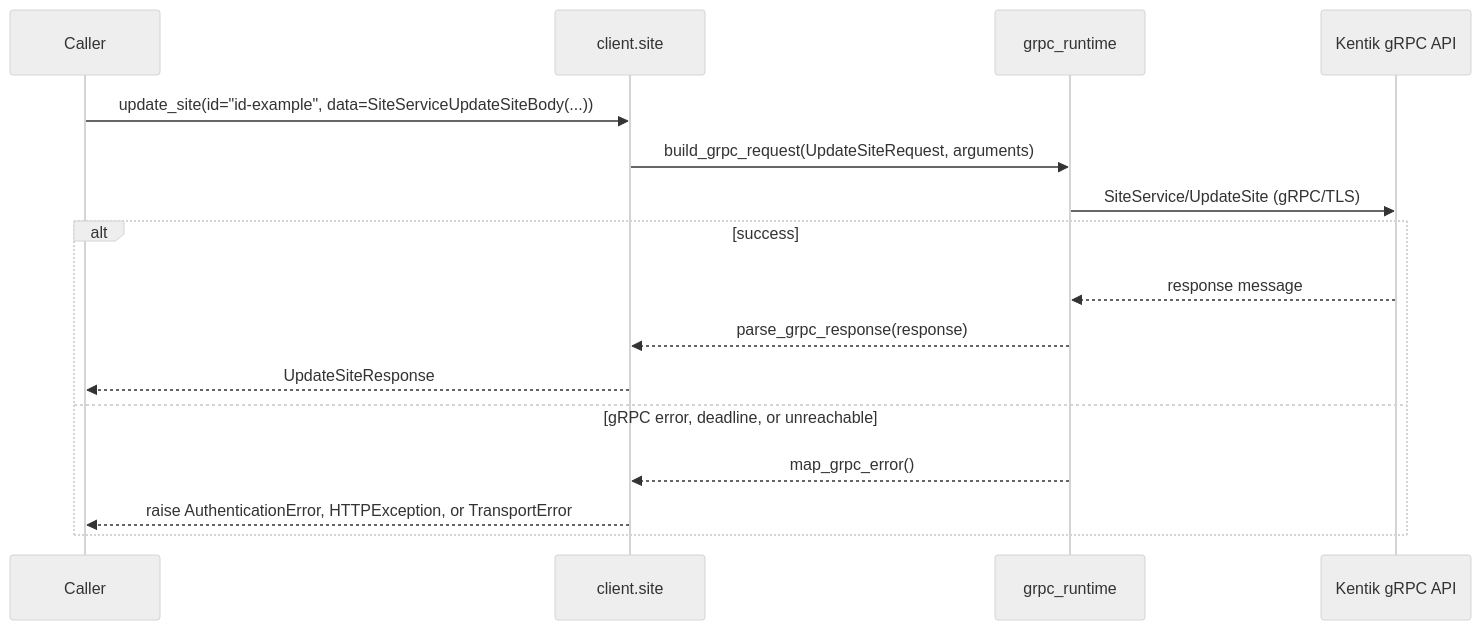
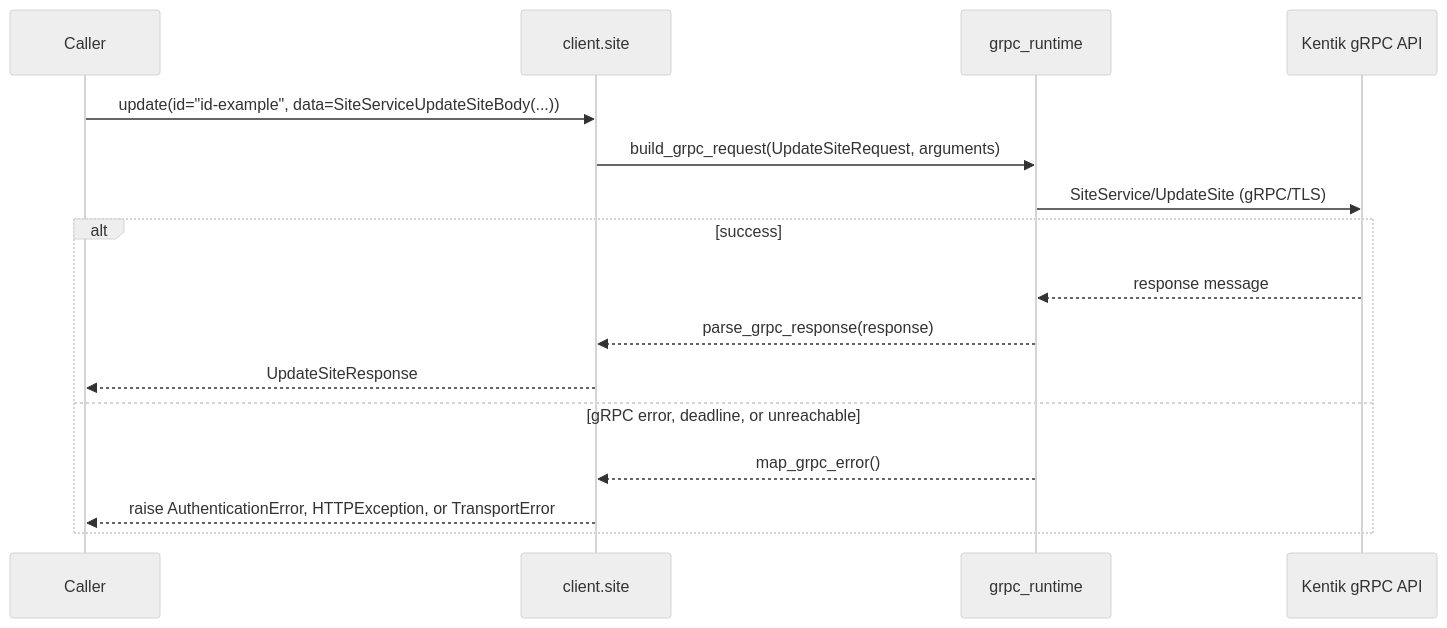
One commit to alexdearaujo/community_sdk_python changed diagram 19 of 22 in docs/sphinx/services/site.md. Above: the diagram before and after it, drawn with Mermaid (neutral theme). The commit also changed other lines of this file and 119 other files, not shown here.

First line of the commit message:
feat!: drop the Service word from client method names (client.site.create)

````diff
--- a/docs/sphinx/services/site.md
+++ b/docs/sphinx/services/site.md
@@ -656,19 +656,19 @@
 ```mermaid
 sequenceDiagram
     participant C as Caller
     participant W as client.site
     participant R as grpc_runtime
     participant API as Kentik gRPC API
 
-    C->>W: update_site(id="id-example", data=SiteServiceUpdateSiteBody(...))
+    C->>W: update(id="id-example", data=SiteServiceUpdateSiteBody(...))
     W->>R: build_grpc_request(UpdateSiteRequest, arguments)
     R->>API: SiteService/UpdateSite (gRPC/TLS)
     alt success
         API-->>R: response message
         R-->>W: parse_grpc_response(response)
         W-->>C: UpdateSiteResponse
     else gRPC error, deadline, or unreachable
         R-->>W: map_grpc_error()
         W-->>C: raise AuthenticationError, HTTPException, or TransportError
     end
 ```
````
